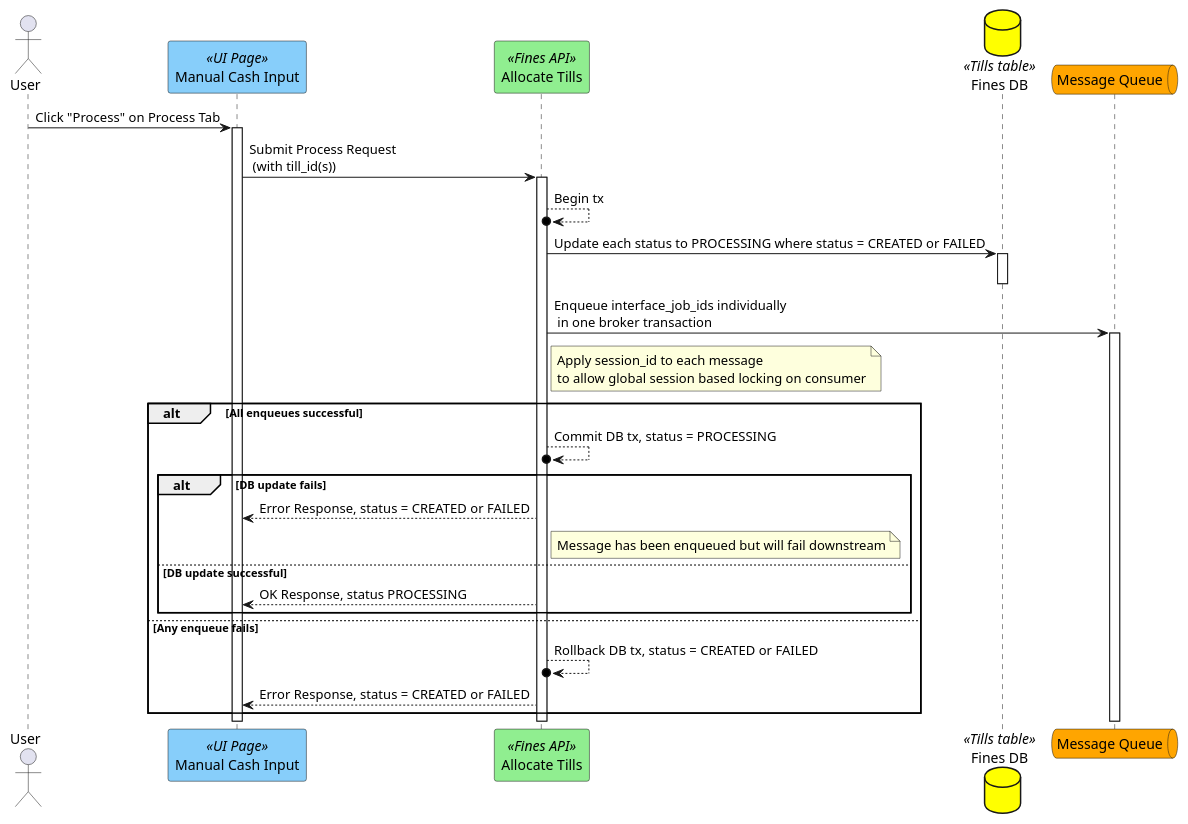
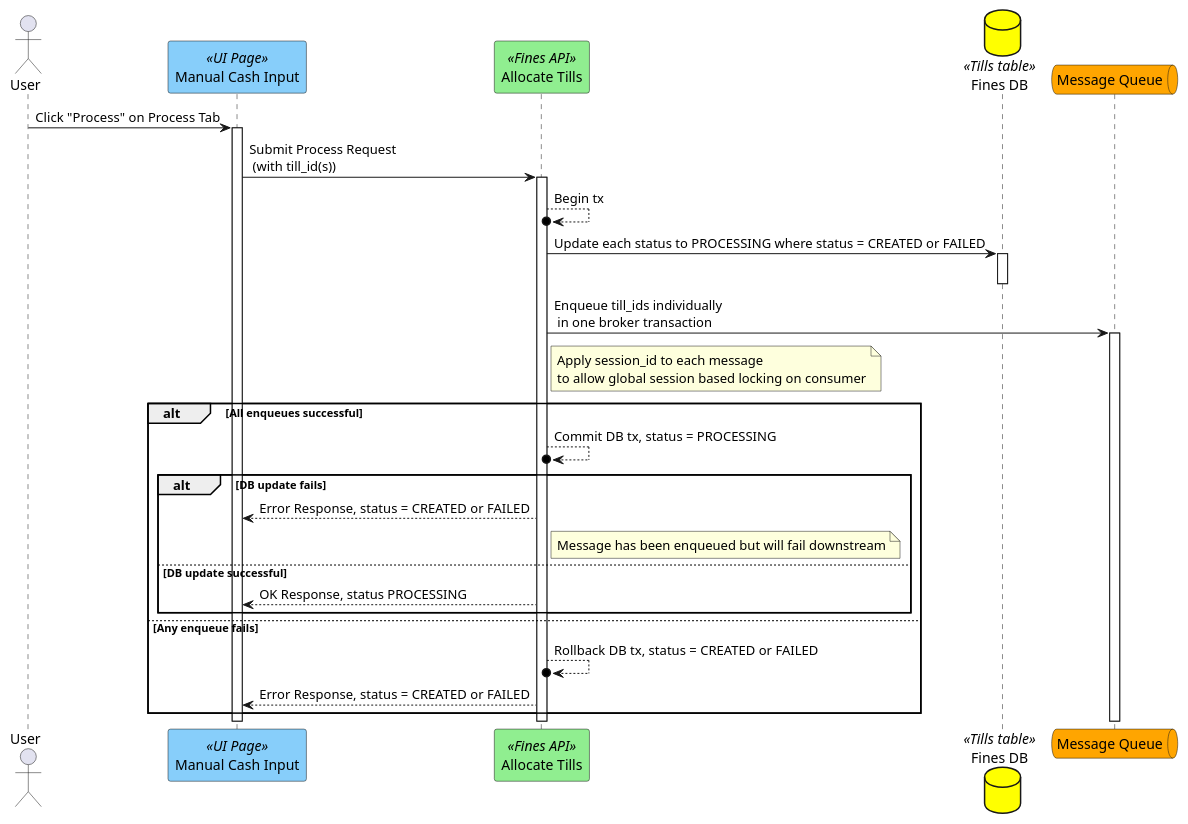
Before and after one commit to hmcts/opal-docs: the diagram in plantUML/payments-in/allocate-tills/manual-payments-allocate-tills.puml, drawn with PlantUML. The commit also changed 1 other file, not shown here.

Commit message:
tills amendments

```diff
--- a/plantUML/payments-in/allocate-tills/manual-payments-allocate-tills.puml
+++ b/plantUML/payments-in/allocate-tills/manual-payments-allocate-tills.puml
@@ -1,27 +1,27 @@
 @startuml
 actor "User" as user
 participant "Manual Cash Input" as process <<UI Page>> #lightskyblue
 participant "Allocate Tills" as allocateTills <<Fines API>> #lightgreen
 database "Fines DB" as db <<Tills table>> #Yellow
 queue Queue as "Message Queue" #Orange
 
 user -> process ++: Click "Process" on Process Tab
 process -> allocateTills ++ : Submit Process Request \n (with till_id(s))
 allocateTills -->o allocateTills : Begin tx
 allocateTills -> db ++: Update each status to PROCESSING where status = CREATED or FAILED
 deactivate db
-allocateTills -> Queue ++: Enqueue interface_job_ids individually \n in one broker transaction
+allocateTills -> Queue ++: Enqueue till_ids individually \n in one broker transaction
 note right of allocateTills: Apply session_id to each message \nto allow global session based locking on consumer
 alt All enqueues successful
         allocateTills -->o allocateTills : Commit DB tx, status = PROCESSING
         alt DB update fails
             allocateTills --> process : Error Response, status = CREATED or FAILED
             note right allocateTills : Message has been enqueued but will fail downstream
         else DB update successful
             allocateTills --> process : OK Response, status PROCESSING
         end
     else Any enqueue fails
         allocateTills -->o allocateTills :  Rollback DB tx, status = CREATED or FAILED
         allocateTills --> process : Error Response, status = CREATED or FAILED
     end
 @enduml
```
